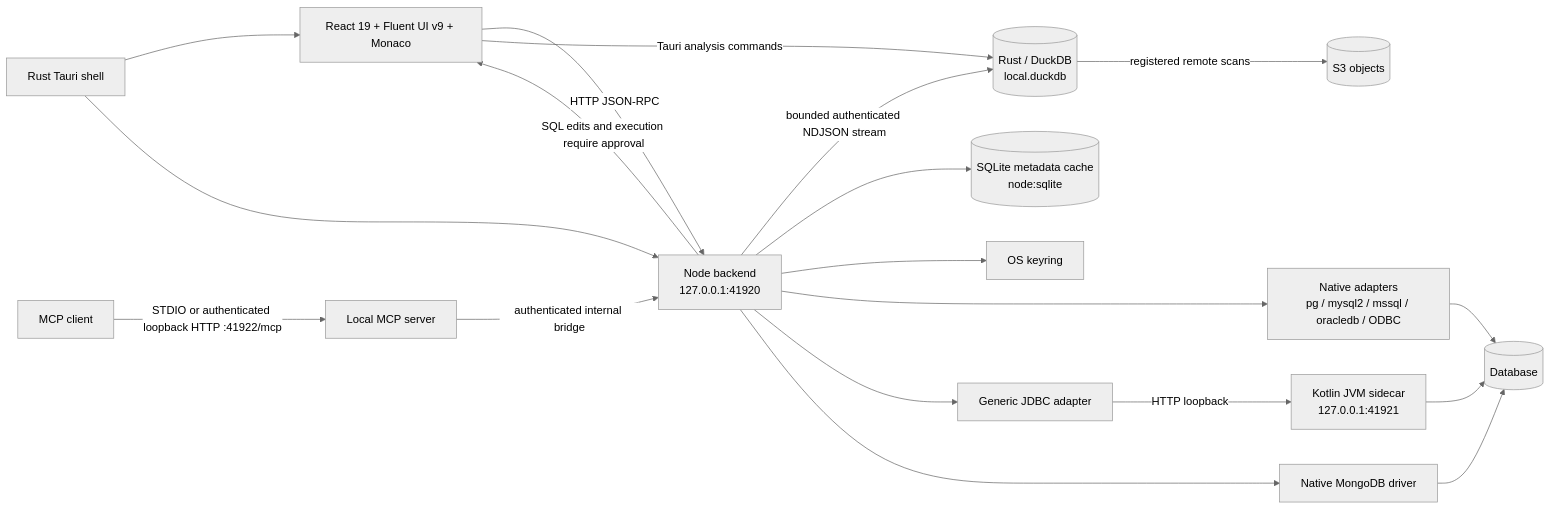
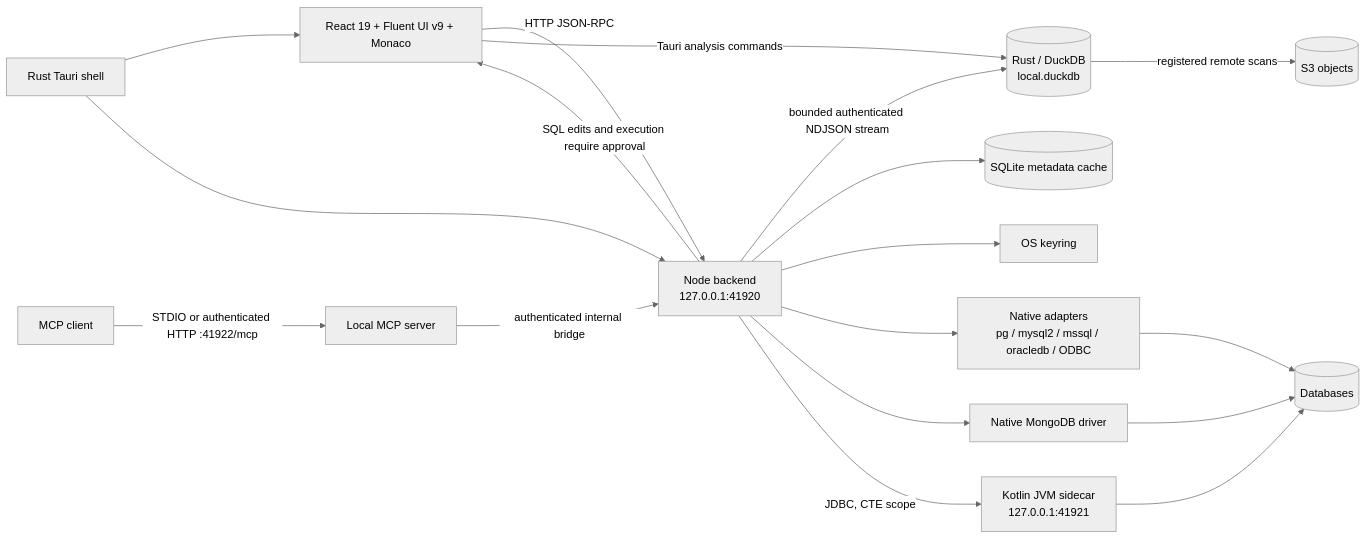
One commit to cccadet/omni-sql changed the diagram in docs/ARCHITECTURE.md. Above: the diagram before and after it, drawn with Mermaid (neutral theme). The commit also changed other lines of this file and 32 other files, not shown here.

````diff
--- a/docs/ARCHITECTURE.md
+++ b/docs/ARCHITECTURE.md
@@ -6,21 +6,20 @@
 ```mermaid
 flowchart LR
-  UI[React 19 + Fluent UI v9 + Monaco] -->|HTTP JSON-RPC| API[Node backend\n127.0.0.1:41920]
-  Shell[Rust Tauri shell] --> UI
-  Shell --> API
+  Shell[Rust Tauri shell] --> UI[React 19 + Fluent UI v9 + Monaco]
+  Shell --> API[Node backend\n127.0.0.1:41920]
+  UI -->|HTTP JSON-RPC| API
   UI -->|Tauri analysis commands| DuckDB[(Rust / DuckDB\nlocal.duckdb)]
   API -->|bounded authenticated NDJSON stream| DuckDB
   DuckDB -->|registered remote scans| S3[(S3 objects)]
-  Client[MCP client] -->|STDIO or authenticated loopback HTTP :41922/mcp| MCP[Local MCP server]
+  Client[MCP client] -->|STDIO or authenticated HTTP :41922/mcp| MCP[Local MCP server]
   MCP -->|authenticated internal bridge| API
   API -->|SQL edits and execution require approval| UI
-  API --> Cache[(SQLite metadata cache\nnode:sqlite)]
+  API --> Cache[(SQLite metadata cache)]
   API --> Keyring[OS keyring]
   API --> Native[Native adapters\npg / mysql2 / mssql / oracledb / ODBC]
-  API --> JDBC[Generic JDBC adapter]
   API --> Mongo[Native MongoDB driver]
+  API -->|JDBC, CTE scope| JVM[Kotlin JVM sidecar\n127.0.0.1:41921]
+  Native --> DB[(Databases)]
   Mongo --> DB
-  JDBC -->|HTTP loopback| JVM[Kotlin JVM sidecar\n127.0.0.1:41921]
-  JVM --> DB[(Database)]
-  Native --> DB
+  JVM --> DB
 ```
````
